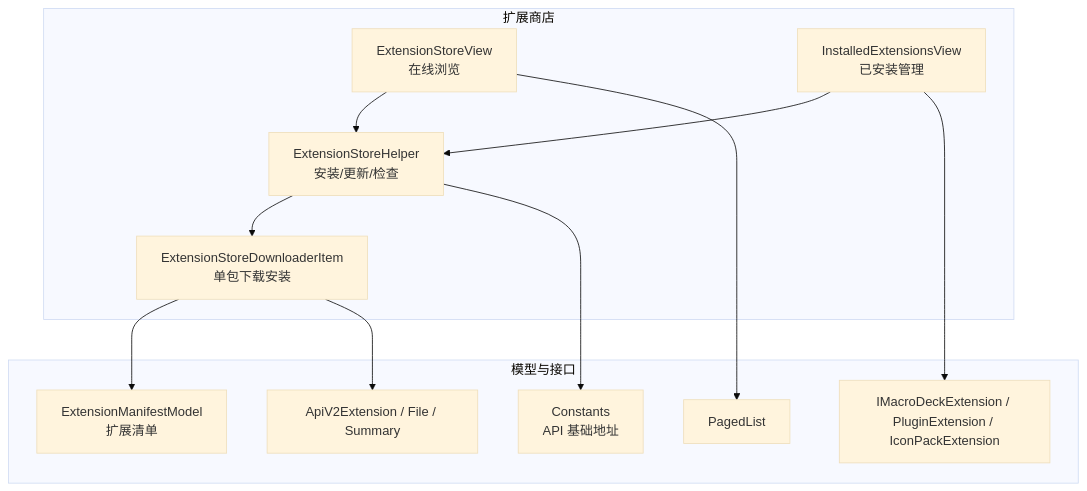
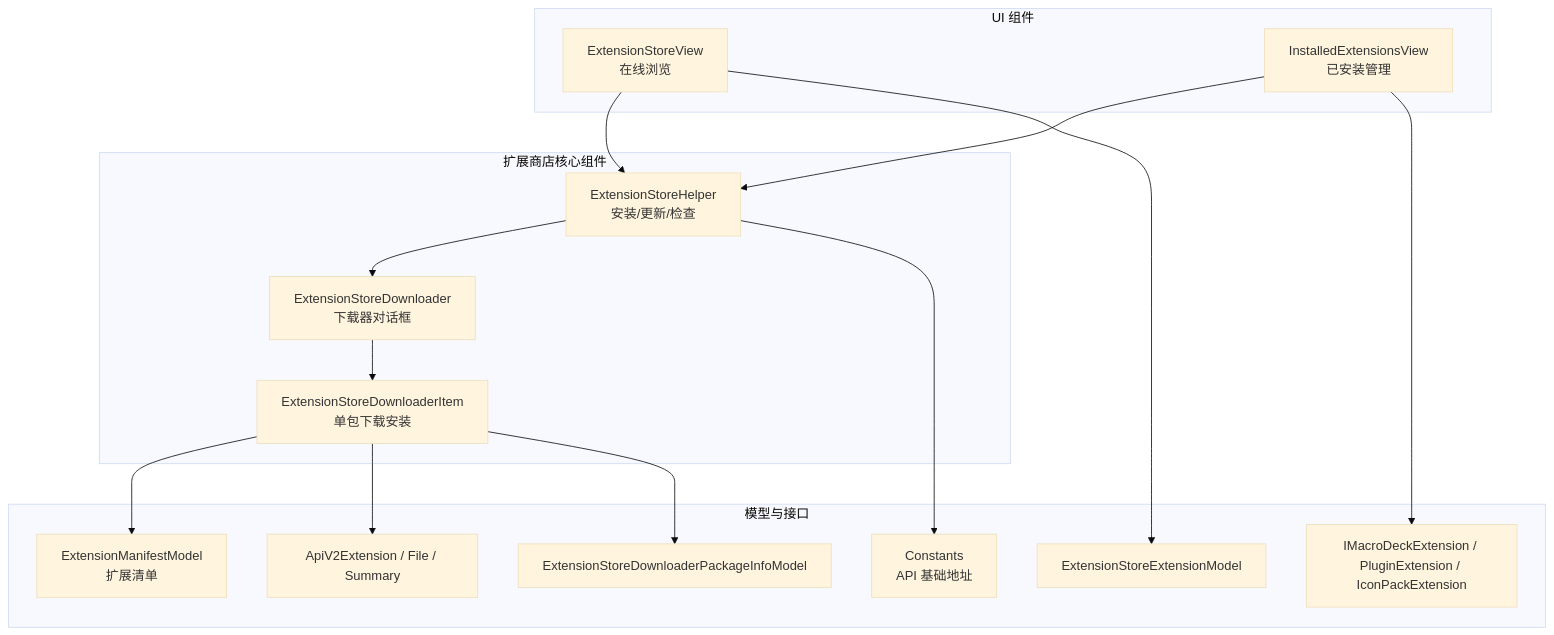
The first of 11 diagrams in .qoder/repowiki/zh/content/扩展商店/扩展商店.md (tea4go/Macro-Deck), drawn with Mermaid (base theme) before and after one commit. The commit also changed other lines of this file and 33 other files, not shown here.

````diff
--- a/.qoder/repowiki/zh/content/扩展商店/扩展商店.md
+++ b/.qoder/repowiki/zh/content/扩展商店/扩展商店.md
@@ -44,24 +55,30 @@
 ```mermaid
 graph TB
-subgraph "扩展商店"
+subgraph "扩展商店核心组件"
 H["ExtensionStoreHelper<br/>安装/更新/检查"]
-V["ExtensionStoreView<br/>在线浏览"]
-IV["InstalledExtensionsView<br/>已安装管理"]
-DL["ExtensionStoreDownloaderItem<br/>单包下载安装"]
+DL["ExtensionStoreDownloader<br/>下载器对话框"]
+DI["ExtensionStoreDownloaderItem<br/>单包下载安装"]
 end
 subgraph "模型与接口"
 M1["ExtensionManifestModel<br/>扩展清单"]
 M2["ApiV2Extension / File / Summary"]
-M3["PagedList"]
+M3["ExtensionStoreDownloaderPackageInfoModel"]
+M4["ExtensionStoreExtensionModel"]
 IF["IMacroDeckExtension / PluginExtension / IconPackExtension"]
 C["Constants<br/>API 基础地址"]
+end
+subgraph "UI 组件"
+V["ExtensionStoreView<br/>在线浏览"]
+IV["InstalledExtensionsView<br/>已安装管理"]
 end
 V --> H
 IV --> H
 H --> DL
-DL --> M1
-DL --> M2
-V --> M3
+DL --> DI
+DI --> M1
+DI --> M2
+DI --> M3
+V --> M4
 IV --> IF
 H --> C
 ```
````
